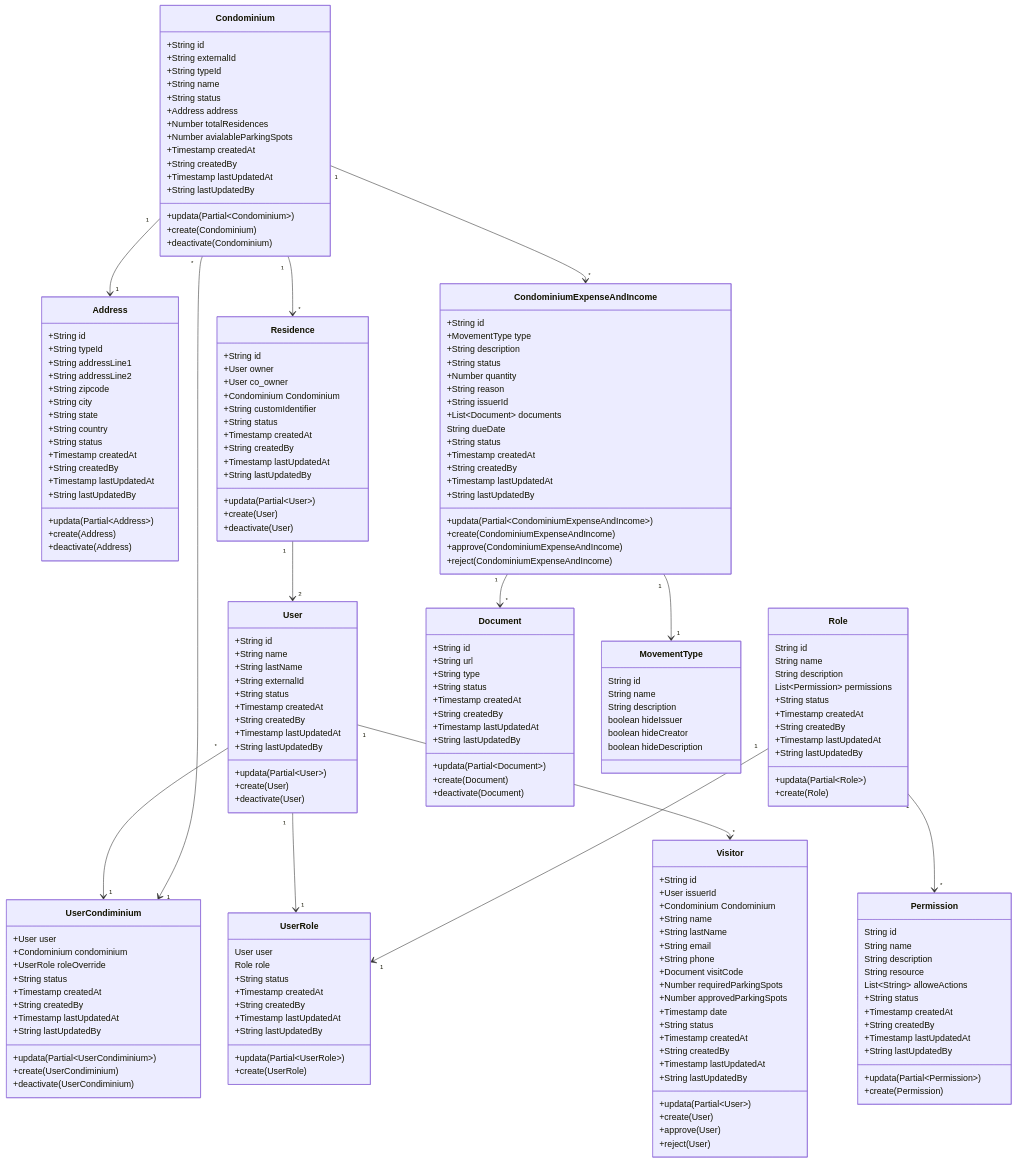
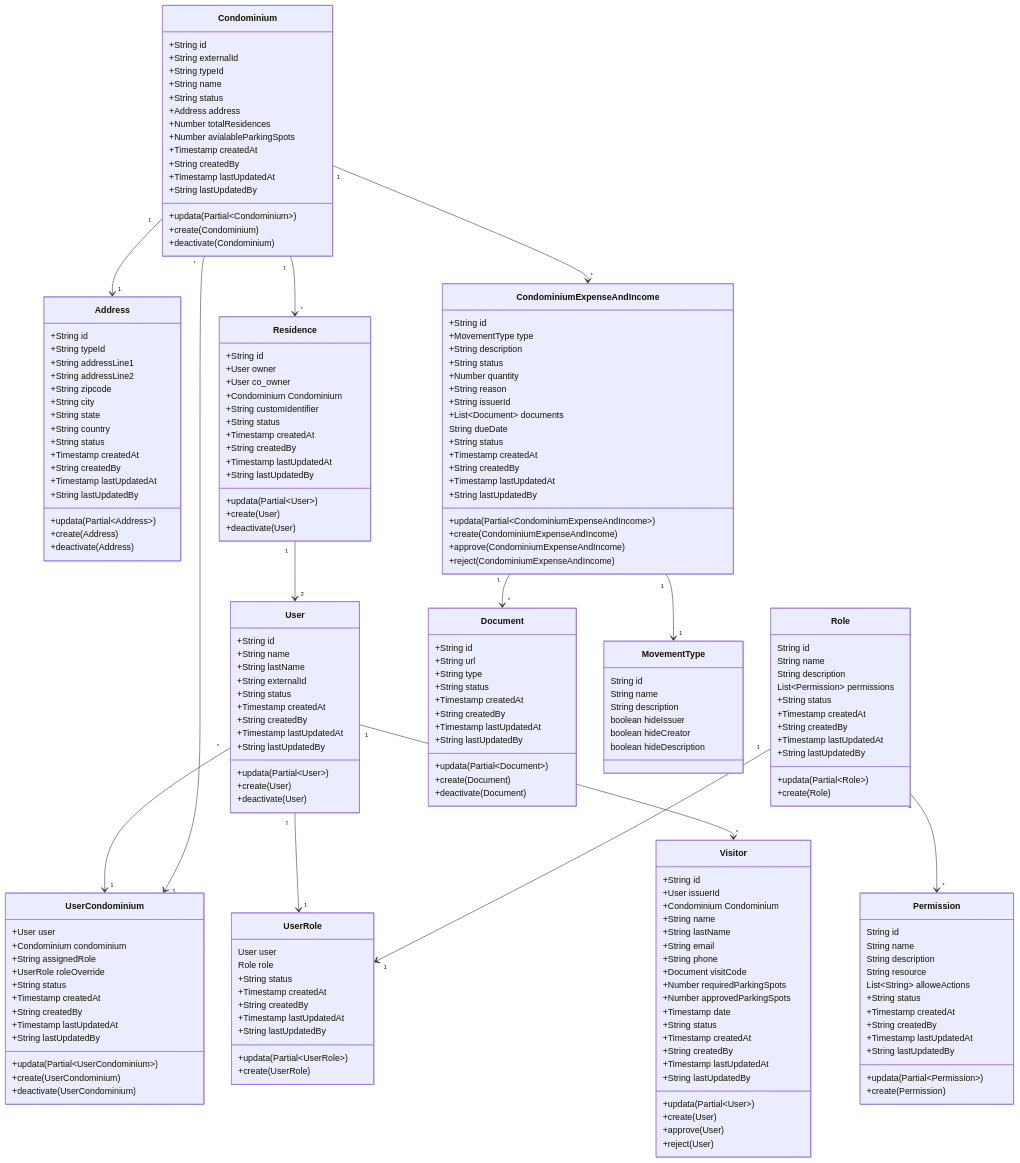
Before and after one commit to zedlen/condi: the diagram in docs/diagrams/mermaid/appClassDiagram.mmd, drawn with Mermaid. The commit also changed 1 other file, not shown here.

Commit message:
chore: update database schema

```diff
--- a/docs/diagrams/mermaid/appClassDiagram.mmd
+++ b/docs/diagrams/mermaid/appClassDiagram.mmd
@@ -1,197 +1,198 @@
 classDiagram
     class User
     User : +String id
     User : +String name
     User : +String lastName
     User : +String externalId
     User : +String status
     User : +Timestamp createdAt
     User : +String createdBy
     User : +Timestamp lastUpdatedAt
     User : +String lastUpdatedBy
     User : +updata(Partial~User~)
     User : +create(User)
     User : +deactivate(User)
 
     class Permission
     Permission: String id
     Permission: String name
     Permission: String description
     Permission: String resource
     Permission: List~String~ alloweActions
     Permission : +String status
     Permission : +Timestamp createdAt
     Permission : +String createdBy
     Permission : +Timestamp lastUpdatedAt
     Permission : +String lastUpdatedBy
     Permission : +updata(Partial~Permission~)
     Permission : +create(Permission)
 
     class Role
     Role: String id
     Role: String name
     Role: String description
     Role: List~Permission~ permissions
     Role : +String status
     Role : +Timestamp createdAt
     Role : +String createdBy
     Role : +Timestamp lastUpdatedAt
     Role : +String lastUpdatedBy
     Role : +updata(Partial~Role~)
     Role : +create(Role)
 
     Role "1" --> "*" Permission
 
     class UserRole
     UserRole: User user
     UserRole: Role role
     UserRole : +String status
     UserRole : +Timestamp createdAt
     UserRole : +String createdBy
     UserRole : +Timestamp lastUpdatedAt
     UserRole : +String lastUpdatedBy
     UserRole : +updata(Partial~UserRole~)
     UserRole : +create(UserRole)
 
     User "1" --> "1" UserRole
     Role "1" --> "1" UserRole
 
     class Address
     Address : +String id
     Address : +String typeId
     Address : +String addressLine1
     Address : +String addressLine2
     Address : +String zipcode
     Address : +String city
     Address : +String state
     Address : +String country
     Address : +String status
     Address : +Timestamp createdAt
     Address : +String createdBy
     Address : +Timestamp lastUpdatedAt
     Address : +String lastUpdatedBy
     Address : +updata(Partial~Address~)
     Address : +create(Address)
     Address : +deactivate(Address)
 
     class Condominium
     Condominium : +String id
     Condominium : +String externalId
     Condominium : +String typeId
     Condominium : +String name
     Condominium : +String status
     Condominium : +Address address
     Condominium : +Number totalResidences
     Condominium : +Number avialableParkingSpots
     Condominium : +Timestamp createdAt
     Condominium : +String createdBy
     Condominium : +Timestamp lastUpdatedAt
     Condominium : +String lastUpdatedBy
     Condominium : +updata(Partial~Condominium~)
     Condominium : +create(Condominium)
     Condominium : +deactivate(Condominium)
 
     Condominium "1" --> "1" Address
     
-    class UserCondiminium
-    UserCondiminium : +User user
-    UserCondiminium : +Condominium condominium
-    UserCondiminium : +UserRole roleOverride
-    UserCondiminium : +String status
-    UserCondiminium : +Timestamp createdAt
-    UserCondiminium : +String createdBy
-    UserCondiminium : +Timestamp lastUpdatedAt
-    UserCondiminium : +String lastUpdatedBy
-    UserCondiminium : +updata(Partial~UserCondiminium~)
-    UserCondiminium : +create(UserCondiminium)
-    UserCondiminium : +deactivate(UserCondiminium)
+    class UserCondominium
+    UserCondominium : +User user
+    UserCondominium : +Condominium condominium
+    UserCondominium : +String assignedRole
+    UserCondominium : +UserRole roleOverride
+    UserCondominium : +String status
+    UserCondominium : +Timestamp createdAt
+    UserCondominium : +String createdBy
+    UserCondominium : +Timestamp lastUpdatedAt
+    UserCondominium : +String lastUpdatedBy
+    UserCondominium : +updata(Partial~UserCondominium~)
+    UserCondominium : +create(UserCondominium)
+    UserCondominium : +deactivate(UserCondominium)
 
-    User "*" --> "1" UserCondiminium
-    Condominium "*" --> "1" UserCondiminium
+    User "*" --> "1" UserCondominium
+    Condominium "*" --> "1" UserCondominium
 
     class Document
     Document : +String id
     Document : +String url
     Document : +String type
     Document : +String status
     Document : +Timestamp createdAt
     Document : +String createdBy
     Document : +Timestamp lastUpdatedAt
     Document : +String lastUpdatedBy
     Document : +updata(Partial~Document~)
     Document : +create(Document)
     Document : +deactivate(Document)
 
     class MovementType
     MovementType: String id
     MovementType: String name
     MovementType: String description
     MovementType: boolean hideIssuer
     MovementType: boolean hideCreator
     MovementType: boolean hideDescription
 
     class CondominiumExpenseAndIncome
     CondominiumExpenseAndIncome : +String id
     CondominiumExpenseAndIncome : +MovementType type
     CondominiumExpenseAndIncome : +String description
     CondominiumExpenseAndIncome : +String status
     CondominiumExpenseAndIncome : +Number quantity
     CondominiumExpenseAndIncome : +String reason
     CondominiumExpenseAndIncome : +String issuerId
     CondominiumExpenseAndIncome : +List~Document~ documents
     CondominiumExpenseAndIncome : String dueDate
     CondominiumExpenseAndIncome : +String status
     CondominiumExpenseAndIncome : +Timestamp createdAt
     CondominiumExpenseAndIncome : +String createdBy
     CondominiumExpenseAndIncome : +Timestamp lastUpdatedAt
     CondominiumExpenseAndIncome : +String lastUpdatedBy
     CondominiumExpenseAndIncome : +updata(Partial~CondominiumExpenseAndIncome~)
     CondominiumExpenseAndIncome : +create(CondominiumExpenseAndIncome)
     CondominiumExpenseAndIncome : +approve(CondominiumExpenseAndIncome)
     CondominiumExpenseAndIncome : +reject(CondominiumExpenseAndIncome)
 
     Condominium "1" --> "*" CondominiumExpenseAndIncome
     CondominiumExpenseAndIncome "1" --> "*" Document
     CondominiumExpenseAndIncome "1" --> "1" MovementType
 
     class Residence
     Residence : +String id
     Residence : +User owner
     Residence : +User co_owner
     Residence : +Condominium Condominium
     Residence : +String customIdentifier
     Residence : +String status
     Residence : +Timestamp createdAt
     Residence : +String createdBy
     Residence : +Timestamp lastUpdatedAt
     Residence : +String lastUpdatedBy
     Residence : +updata(Partial~User~)
     Residence : +create(User)
     Residence : +deactivate(User)
 
     Condominium "1" --> "*" Residence
     Residence "1" --> "2" User
 
     class Visitor
     Visitor : +String id
     Visitor : +User issuerId
     Visitor : +Condominium Condominium
     Visitor : +String name
     Visitor : +String lastName
     Visitor : +String email
     Visitor : +String phone
     Visitor : +Document visitCode
     Visitor : +Number requiredParkingSpots
     Visitor : +Number approvedParkingSpots
     Visitor : +Timestamp date
     Visitor : +String status
     Visitor : +Timestamp createdAt
     Visitor : +String createdBy
     Visitor : +Timestamp lastUpdatedAt
     Visitor : +String lastUpdatedBy
     Visitor : +updata(Partial~User~)
     Visitor : +create(User)
     Visitor : +approve(User)
     Visitor : +reject(User)
 
     User "1" --> "*" Visitor
```
